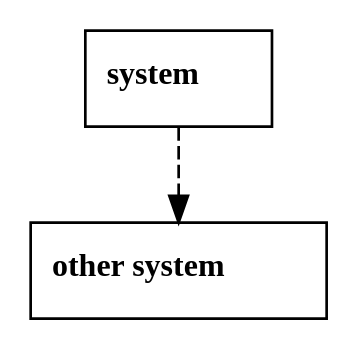
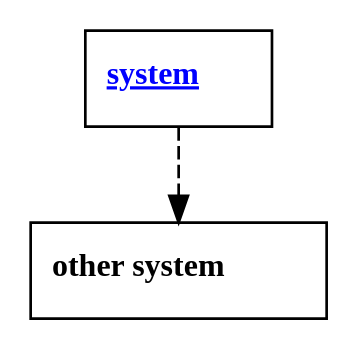
The diagram in src/core/samples/edge-from-child.dot (ryepup/c4-lab), drawn with Graphviz before and after one commit. The commit also changed 4 other files, not shown here.

```diff
--- a/src/core/samples/edge-from-child.dot
+++ b/src/core/samples/edge-from-child.dot
@@ -1,14 +1,14 @@
 digraph g {
   compound=true
   node[fontsize=12]
   edge[fontsize=12]
 
   g0 [shape="box" href="#!/?zoom=54b53072540eeeb8f8e9343e71f28176" tooltip="See more details about system" label=<
-<b>system</b>
+<font color="blue"><u><b>system</b></u></font>
   >]
   g1 [shape="box" label=<
 <b>other system</b>
   >]
 
   g0 -> g1 [style="dashed"]
 }
```
